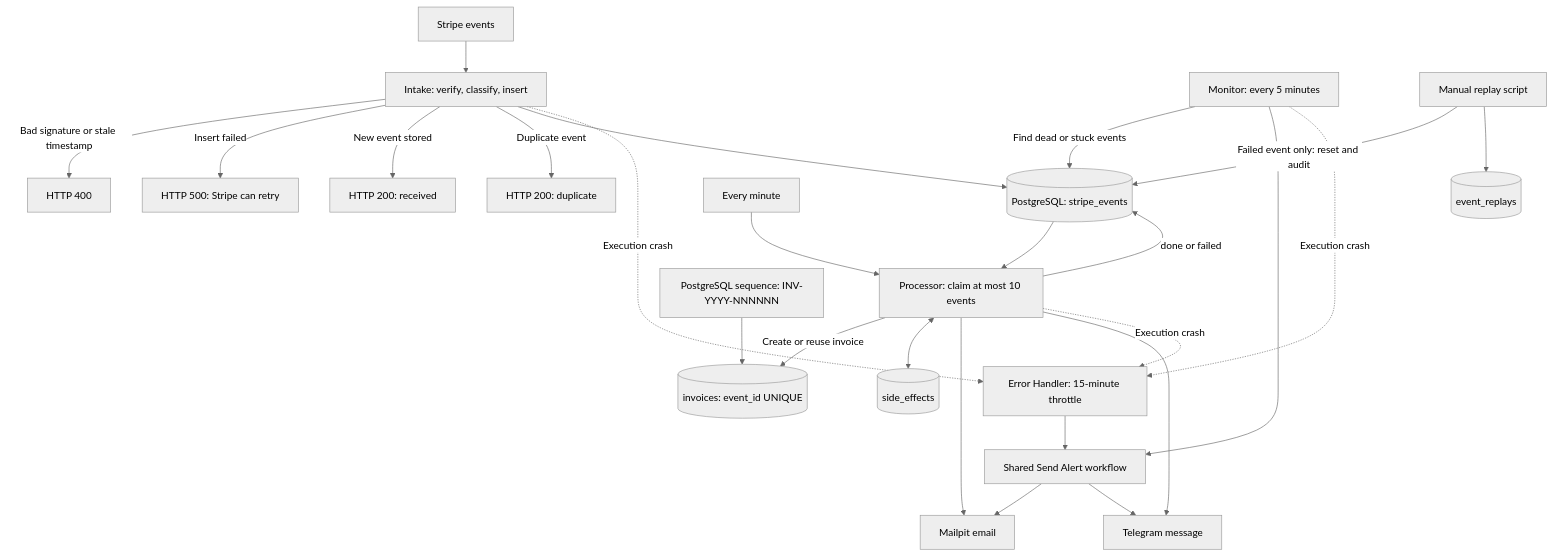
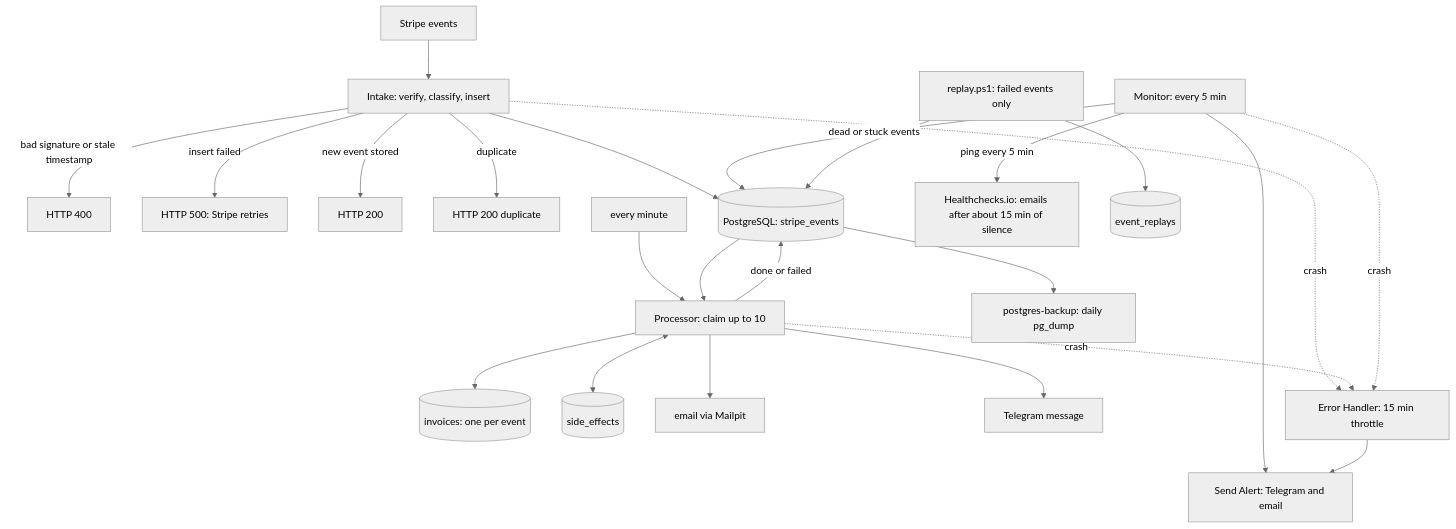
Before and after one commit to mahmoudsamae/n8n-automation-platform: the second of 2 diagrams in README.md, drawn with Mermaid (neutral theme). The commit also changed other lines of this file and 2 other files, not shown here.

````diff
--- a/README.md
+++ b/README.md
@@ -13,30 +44,26 @@
 ```mermaid
 flowchart TD
-    Stripe[Stripe events] --> Intake[Intake: verify, classify, insert]
-    Intake -->|Bad signature or stale timestamp| Bad[HTTP 400]
-    Intake -->|Insert failed| Retry[HTTP 500: Stripe can retry]
-    Intake -->|New event stored| OK[HTTP 200: received]
-    Intake -->|Duplicate event| Duplicate[HTTP 200: duplicate]
-    Intake --> DB[(PostgreSQL: stripe_events)]
-
-    Tick[Every minute] --> Processor[Processor: claim at most 10 events]
+    Stripe[Stripe events] --> Intake["Intake: verify, classify, insert"]
+    Intake -->|"bad signature or stale timestamp"| Bad["HTTP 400"]
+    Intake -->|"insert failed"| Retry["HTTP 500: Stripe retries"]
+    Intake -->|"new event stored"| OK["HTTP 200"]
+    Intake -->|"duplicate"| Dup["HTTP 200 duplicate"]
+    Intake --> DB[("PostgreSQL: stripe_events")]
+    Tick["every minute"] --> Processor["Processor: claim up to 10"]
     DB --> Processor
-    Processor -->|Create or reuse invoice| Invoices[(invoices: event_id UNIQUE)]
-    Sequence[PostgreSQL sequence: INV-YYYY-NNNNNN] --> Invoices
-    Processor <--> Effects[(side_effects)]
-    Processor --> Email[Mailpit email]
-    Processor --> Telegram[Telegram message]
-    Processor -->|done or failed| DB
-
-    Monitor[Monitor: every 5 minutes] -->|Find dead or stuck events| DB
-    Monitor --> Sender[Shared Send Alert workflow]
-    Intake -. Execution crash .-> Handler[Error Handler: 15-minute throttle]
-    Processor -. Execution crash .-> Handler
-    Monitor -. Execution crash .-> Handler
+    Processor --> Invoices[("invoices: one per event")]
+    Processor <--> Effects[("side_effects")]
+    Processor --> Email["email via Mailpit"]
+    Processor --> Telegram["Telegram message"]
+    Processor -->|"done or failed"| DB
+    Monitor["Monitor: every 5 min"] -->|"dead or stuck events"| DB
+    Monitor --> Sender["Send Alert: Telegram and email"]
+    Intake -. crash .-> Handler["Error Handler: 15 min throttle"]
+    Processor -. crash .-> Handler
+    Monitor -. crash .-> Handler
     Handler --> Sender
-    Sender --> Email
-    Sender --> Telegram
-
-    Replay[Manual replay script] -->|Failed event only: reset and audit| DB
-    Replay --> Audit[(event_replays)]
+    Monitor -->|"ping every 5 min"| HC["Healthchecks.io: emails after about 15 min of silence"]
+    Replay["replay.ps1: failed events only"] --> DB
+    Replay --> Audit[("event_replays")]
+    DB --> Backup["postgres-backup: daily pg_dump"]
 ```
````
